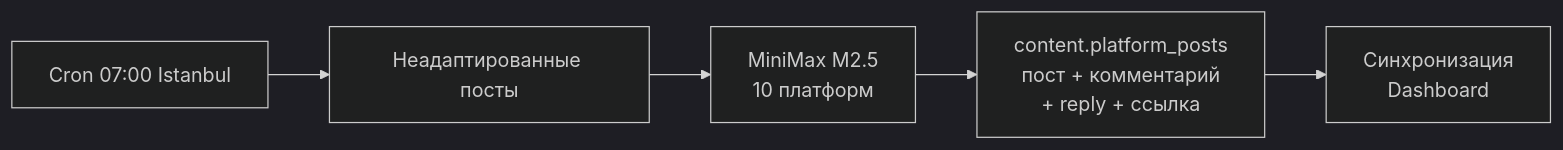
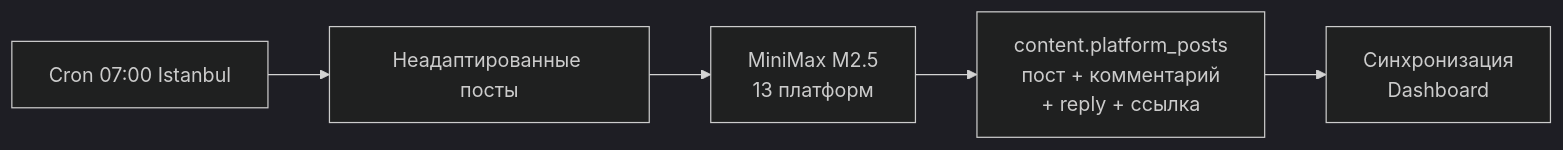
The fourth of 7 diagrams in docs/Workflows.md (TimmyZinin/content-pipeline), drawn with Mermaid (dark theme) before and after one commit. The commit also changed other lines of this file and 1 other file, not shown here.

````diff
--- a/docs/Workflows.md
+++ b/docs/Workflows.md
@@ -89,7 +89,7 @@
 ```mermaid
 flowchart LR
     CRON["Cron 07:00 Istanbul"] --> SQL["Неадаптированные посты"]
-    SQL --> LLM["MiniMax M2.5\n10 платформ"]
+    SQL --> LLM["MiniMax M2.5\n13 платформ"]
     LLM --> DB["content.platform_posts\nпост + комментарий\n+ reply + ссылка"]
     DB --> SYNC["Синхронизация\nDashboard"]
 ```
````
